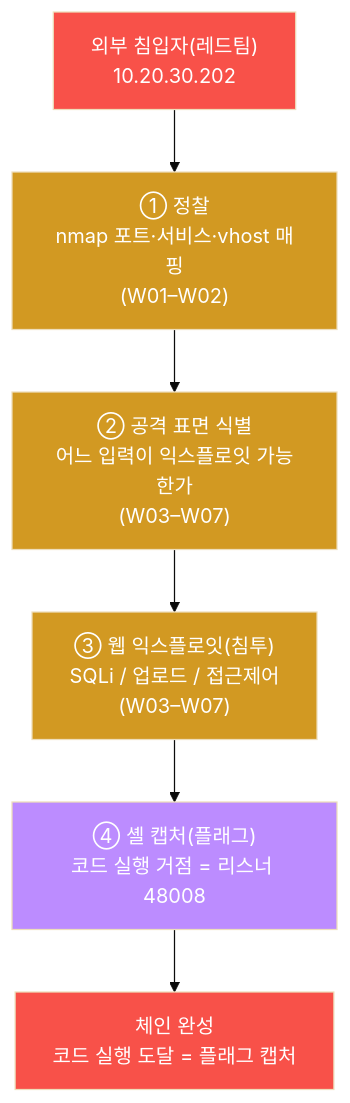
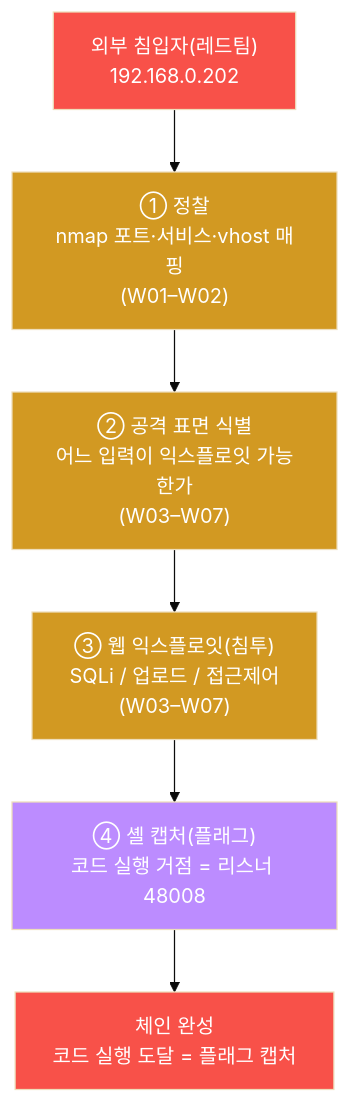
The first of 10 diagrams in contents/training/attack/lecture_week08.md (mrgrit/tw2), drawn with Mermaid (base theme) before and after one commit. The commit also changed other lines of this file and 304 other files, not shown here.

````diff
--- a/contents/training/attack/lecture_week08.md
+++ b/contents/training/attack/lecture_week08.md
@@ -93,16 +93,16 @@
 ```mermaid
 graph TD
-    ATK["외부 침입자(레드팀)<br/>10.20.30.202"]
+    ATK["외부 침입자(레드팀)<br/>192.168.0.202"]
     S1["① 정찰<br/>nmap 포트·서비스·vhost 매핑<br/>(W01–W02)"]
     S2["② 공격 표면 식별<br/>어느 입력이 익스플로잇 가능한가<br/>(W03–W07)"]
     S3["③ 웹 익스플로잇(침투)<br/>SQLi / 업로드 / 접근제어<br/>(W03–W07)"]
     S4["④ 셸 캡처(플래그)<br/>코드 실행 거점 = 리스너 48008"]
     GOAL["체인 완성<br/>코드 실행 도달 = 플래그 캡처"]
     ATK --> S1 --> S2 --> S3 --> S4 --> GOAL
     style ATK fill:#f85149,color:#fff
     style S1 fill:#d29922,color:#fff
     style S2 fill:#d29922,color:#fff
     style S3 fill:#d29922,color:#fff
     style S4 fill:#bc8cff,color:#fff
     style GOAL fill:#f85149,color:#fff
 ```
````
